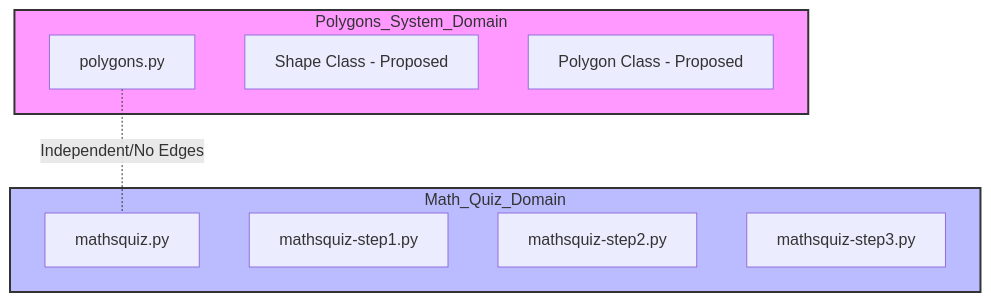
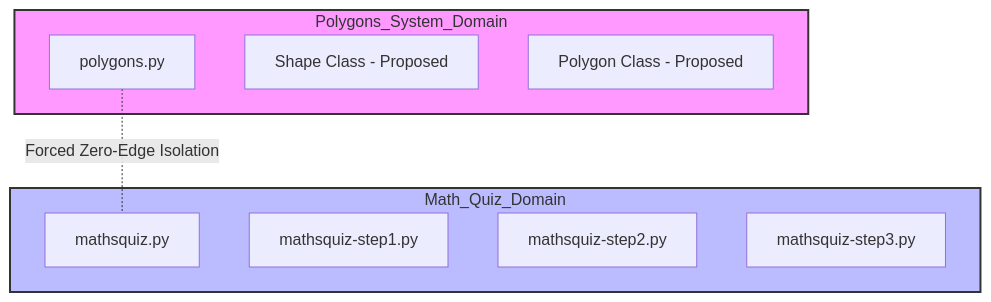
The first of 2 diagrams in docs/PLAN.md (Diana-Koroblov/Project-4-), drawn with Mermaid before and after one commit. The commit also changed other lines of this file and 43 other files, not shown here.

````diff
--- a/docs/PLAN.md
+++ b/docs/PLAN.md
@@ -11,19 +13,19 @@
 ```mermaid
 graph TD
     subgraph Polygons_System_Domain
         P[polygons.py]
         S[Shape Class - Proposed]
         PY[Polygon Class - Proposed]
     end
 
     subgraph Math_Quiz_Domain
         MQ[mathsquiz.py]
         S1[mathsquiz-step1.py]
         S2[mathsquiz-step2.py]
         S3[mathsquiz-step3.py]
     end
 
-    P -.-|Independent/No Edges| MQ
+    P -.-|Forced Zero-Edge Isolation| MQ
     style Polygons_System_Domain fill:#f9f,stroke:#333,stroke-width:2px
     style Math_Quiz_Domain fill:#bbf,stroke:#333,stroke-width:2px
 ```
````
